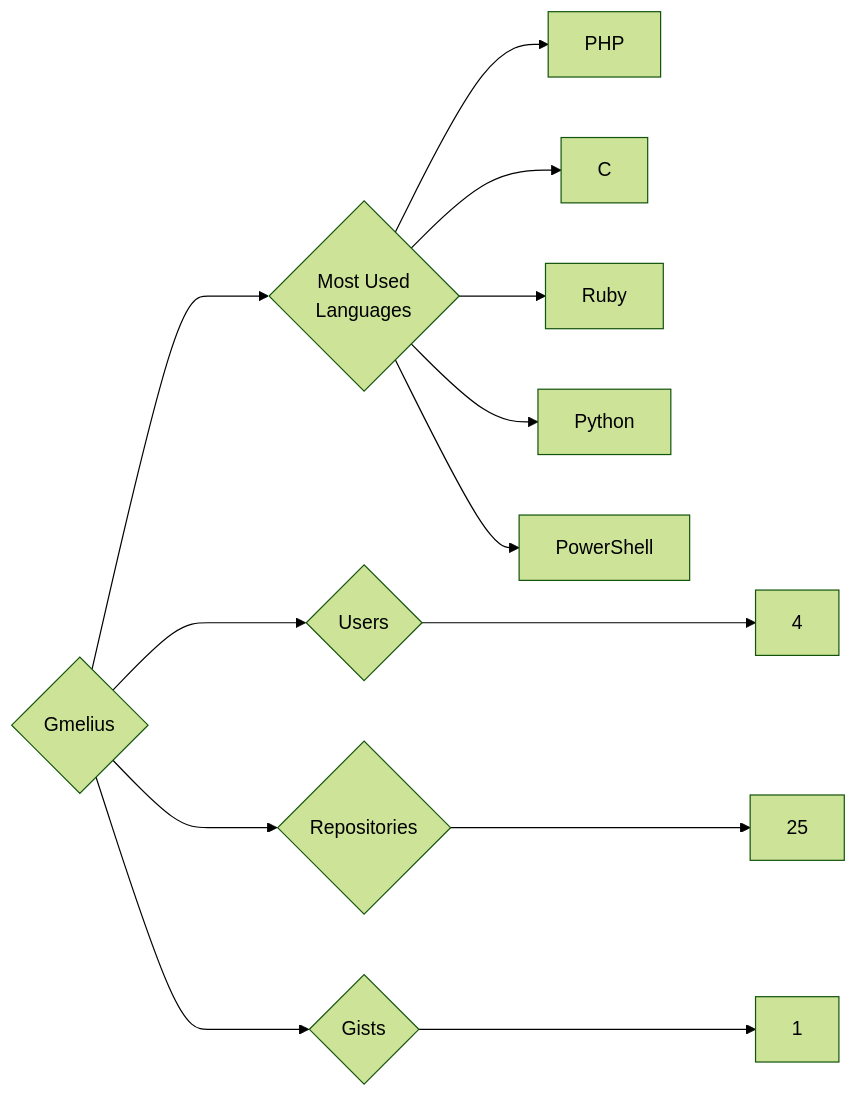
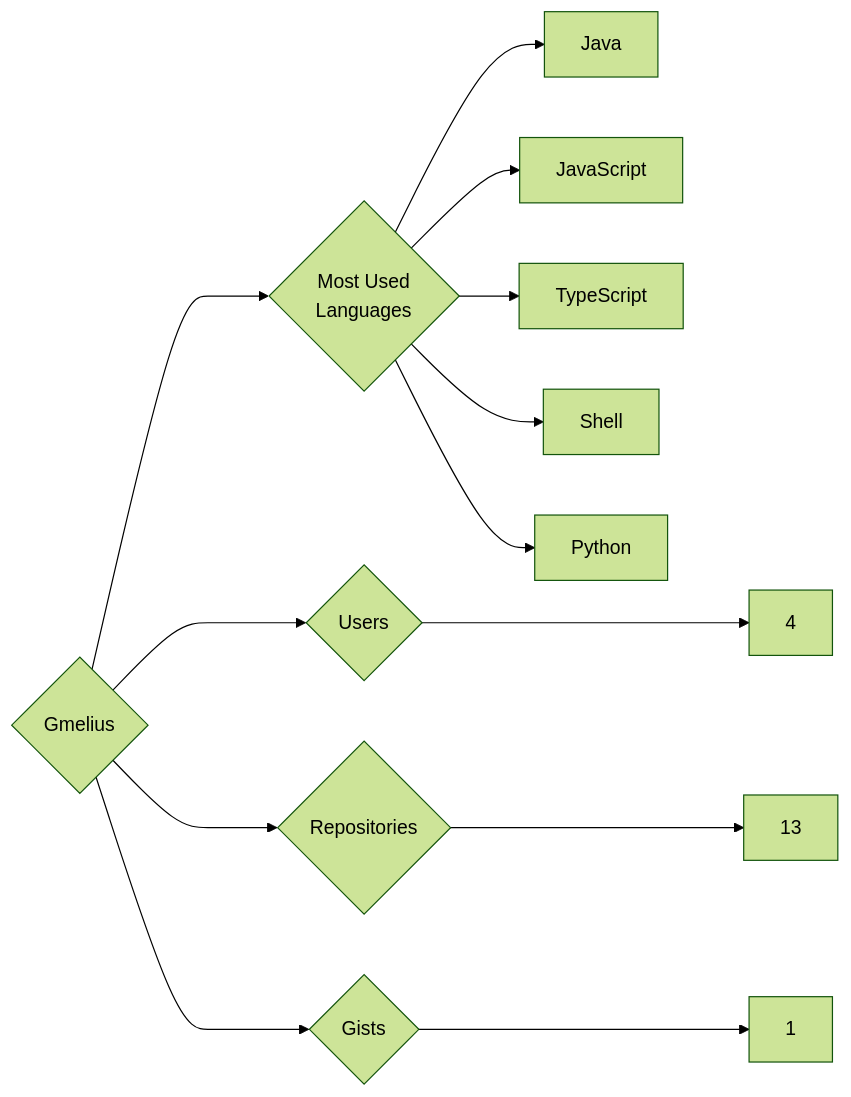
The diagram in targets/Gmelius/README.md (trickest/insiders), drawn with Mermaid (forest theme) before and after one commit. The commit also changed 1092 other files, not shown here.

````diff
--- a/targets/Gmelius/README.md
+++ b/targets/Gmelius/README.md
@@ -3,13 +3,13 @@
 ```mermaid
 graph LR
 COMPANY_NAME{Gmelius}
 COMPANY_NAME ---> U{Users} ---> UN[4]
-COMPANY_NAME ---> R{Repositories} ---> RN[25]
+COMPANY_NAME ---> R{Repositories} ---> RN[13]
 COMPANY_NAME ---> G{Gists} ---> GN[1]
 COMPANY_NAME ---> ML{Most Used<br>Languages}
-ML --> PHP[PHP]
-ML --> C[C]
-ML --> Ruby[Ruby]
+ML --> Java[Java]
+ML --> JavaScript[JavaScript]
+ML --> TypeScript[TypeScript]
+ML --> Shell[Shell]
 ML --> Python[Python]
-ML --> PowerShell[PowerShell]
 ```
````
